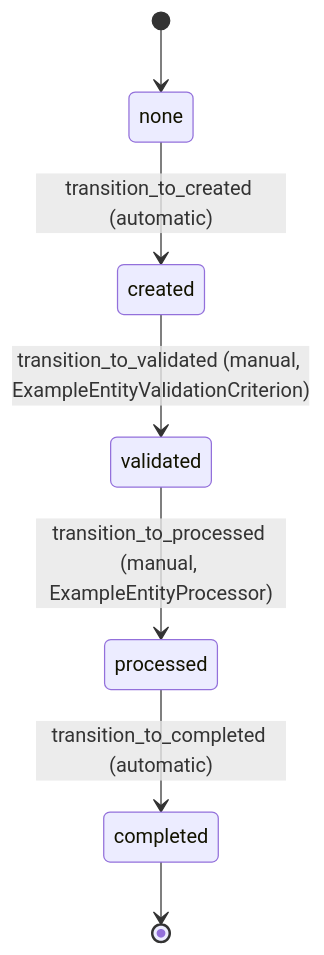
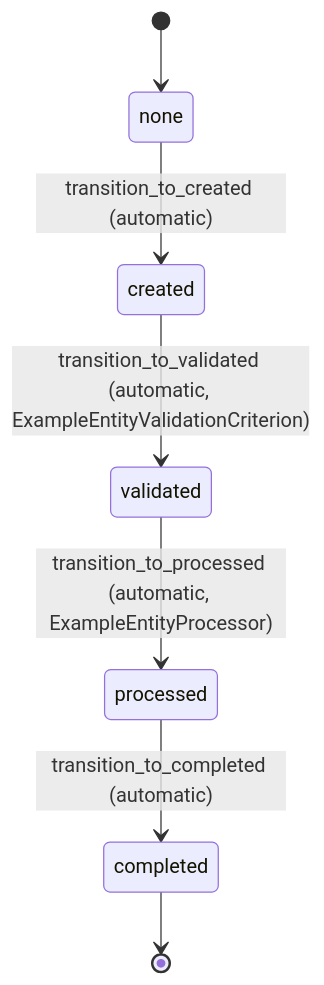
The first of 2 diagrams in functional_requirements/workflows.md (Cyoda-platform/mcp-cyoda-quart-app), drawn with Mermaid before and after one commit. The commit also changed other lines of this file and 126 other files, not shown here.

````diff
--- a/functional_requirements/workflows.md
+++ b/functional_requirements/workflows.md
@@ -51,9 +51,9 @@
 ```mermaid
 stateDiagram-v2
     [*] --> none
     none --> created : transition_to_created (automatic)
-    created --> validated : transition_to_validated (manual, ExampleEntityValidationCriterion)
-    validated --> processed : transition_to_processed (manual, ExampleEntityProcessor)
+    created --> validated : transition_to_validated (automatic, ExampleEntityValidationCriterion)
+    validated --> processed : transition_to_processed (automatic, ExampleEntityProcessor)
     processed --> completed : transition_to_completed (automatic)
     completed --> [*]
 ```
````
